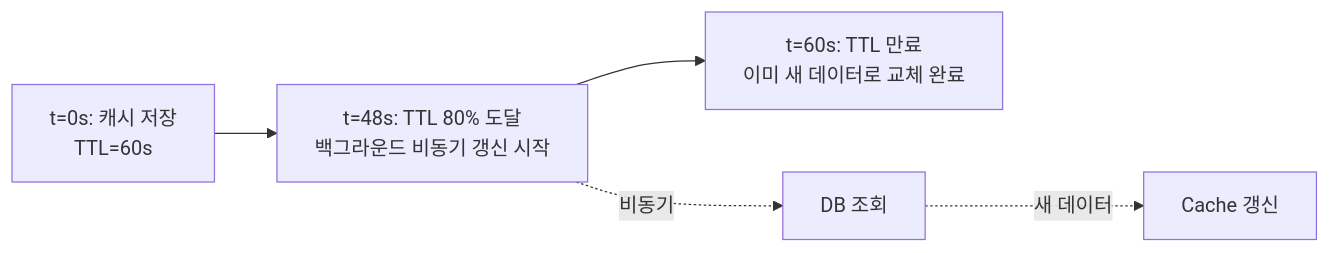
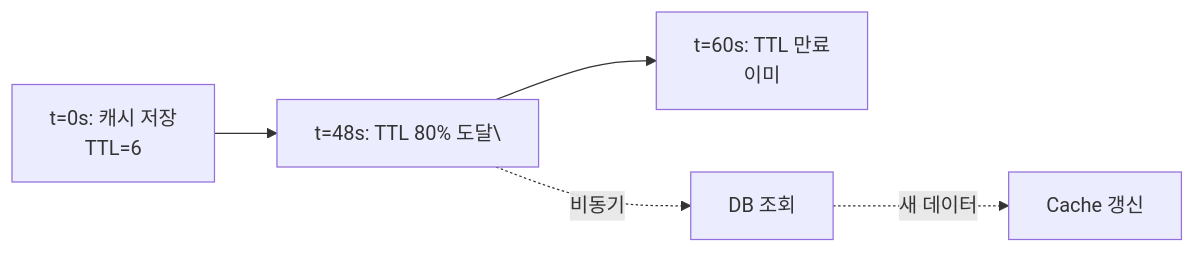
The fifth of 6 diagrams in _posts/caching/2026-05-01-caching-strategy.md (yjkim2015/yjkim2015.github.io), drawn with Mermaid before and after one commit. The commit also changed other lines of this file and 271 other files, not shown here.

First line of the commit message:
Mermaid 라벨 축소: 긴 노드 텍스트 18자 이하로 트림 + \n 제거

````diff
--- a/_posts/caching/2026-05-01-caching-strategy.md
+++ b/_posts/caching/2026-05-01-caching-strategy.md
@@ -238,7 +238,7 @@
 ```mermaid
 graph LR
-    T0["t=0s: 캐시 저장\nTTL=60s"] --> T48["t=48s: TTL 80% 도달\n백그라운드 비동기 갱신 시작"]
-    T48 --> T60["t=60s: TTL 만료\n이미 새 데이터로 교체 완료"]
+    T0["t=0s: 캐시 저장\nTTL=6"] --> T48["t=48s: TTL 80% 도달\"]
+    T48 --> T60["t=60s: TTL 만료\n이미"]
     T48 -.->|"비동기"| DB["DB 조회"]
     DB -.->|"새 데이터"| Cache["Cache 갱신"]
 ```
````
